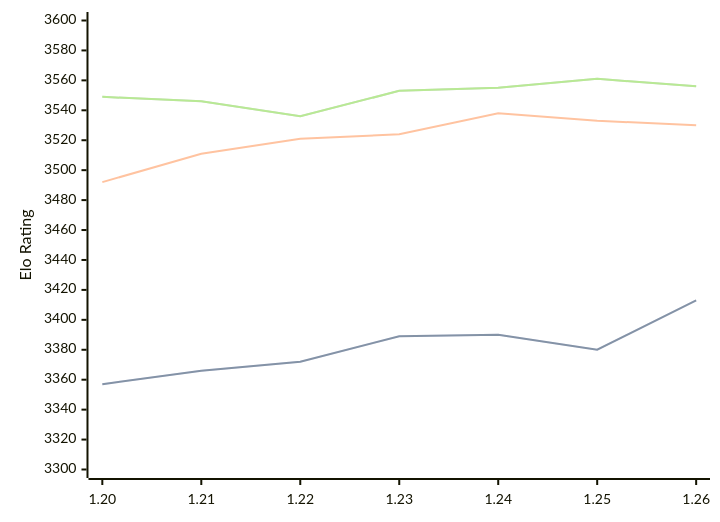
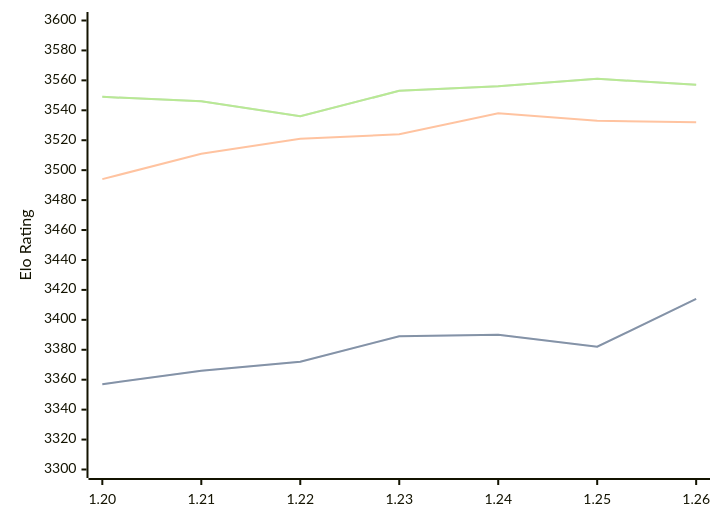
Before and after one commit to computer-chess-index/cci: the diagram in engines/Caissa.md, drawn with Mermaid. The commit also changed other lines of this file, not shown here.

Commit message:
Update CCI Ratings (ELO VLTC) - 2026-09-04

````diff
--- a/engines/Caissa.md
+++ b/engines/Caissa.md
@@ -37,11 +37,11 @@
 ```mermaid
 %%{init: {"theme":"base","themeVariables":{"seriesColors:['#a3a3a3','#222221','#faa371']}}}%%
 xychart-beta
   x-axis ["1.20", "1.21", "1.22", "1.23", "1.24", "1.25", "1.26"]
   y-axis "Elo Rating" 3300 --> 3600
-  line "" [3357, 3366, 3372, 3389, 3390, 3380, 3413]
-  line "STC (8.0+0.08s)" [3357, 3366, 3372, 3389, 3390, 3380, 3413]
-  line "LTC (60.0+0.60s)" [3492, 3511, 3521, 3524, 3538, 3533, 3530]
-  line "" [3549, 3546, 3536, 3553, 3555, 3561, 3556]
-  line "VLTC (2m24s+1.12s)" [3549, 3546, 3536, 3553, 3555, 3561, 3556]
+  line "" [3357, 3366, 3372, 3389, 3390, 3382, 3414]
+  line "STC (8.0+0.08s)" [3357, 3366, 3372, 3389, 3390, 3382, 3414]
+  line "LTC (60.0+0.60s)" [3494, 3511, 3521, 3524, 3538, 3533, 3532]
+  line "" [3549, 3546, 3536, 3553, 3556, 3561, 3557]
+  line "VLTC (2m24s+1.12s)" [3549, 3546, 3536, 3553, 3556, 3561, 3557]
 ```
````
